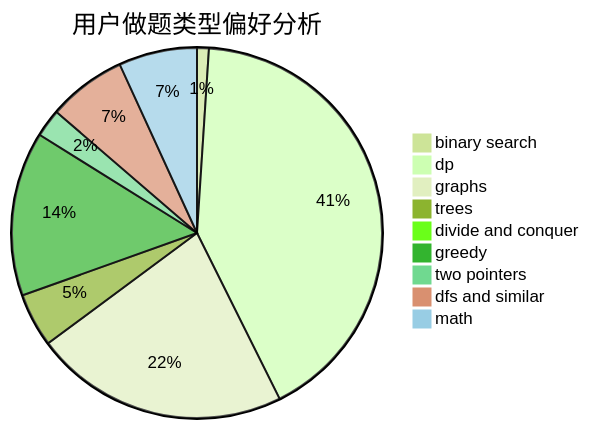
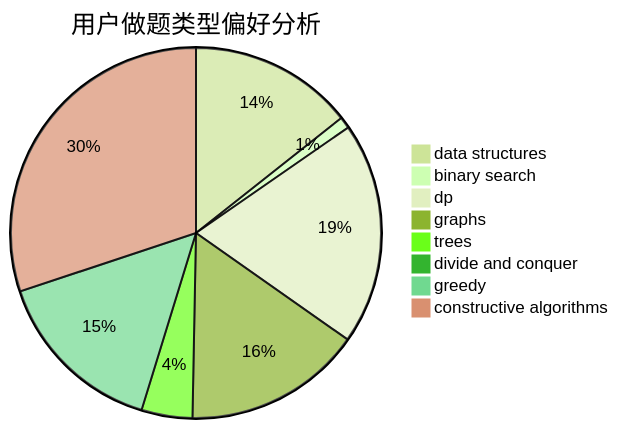
One commit to sherpahu/cfrs.github.io changed the second of 3 diagrams in docs/user/u928.md. Above: the diagram before and after it, drawn with Mermaid (forest theme). The commit also changed other lines of this file and 2775 other files, not shown here.

````diff
--- a/docs/user/u928.md
+++ b/docs/user/u928.md
@@ -23,12 +23,11 @@
 ```mermaid
 pie title 用户做题类型偏好分析
-    "binary search" :  11
-    "dp" :  444
-    "graphs" :  237
-    "trees" :  50
-    "divide and conquer" :  6
-    "greedy" :  153
-    "two pointers" :  26
-    "dfs and similar" :  73
-    "math" :  73
+    "data structures" :  71
+    "binary search" :  5
+    "dp" :  96
+    "graphs" :  77
+    "trees" :  22
+    "divide and conquer" :  0
+    "greedy" :  75
+    "constructive algorithms" :  149
 ```
````
